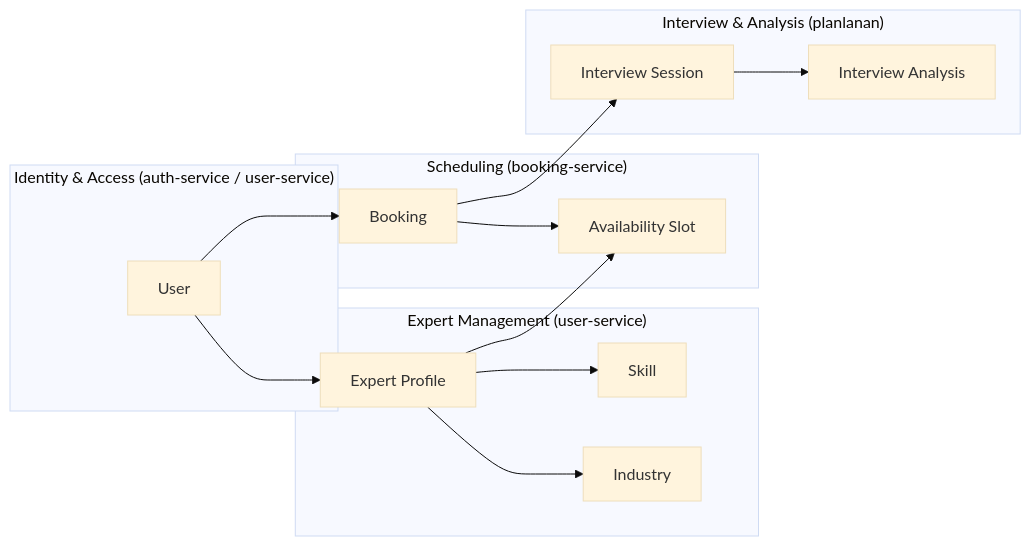
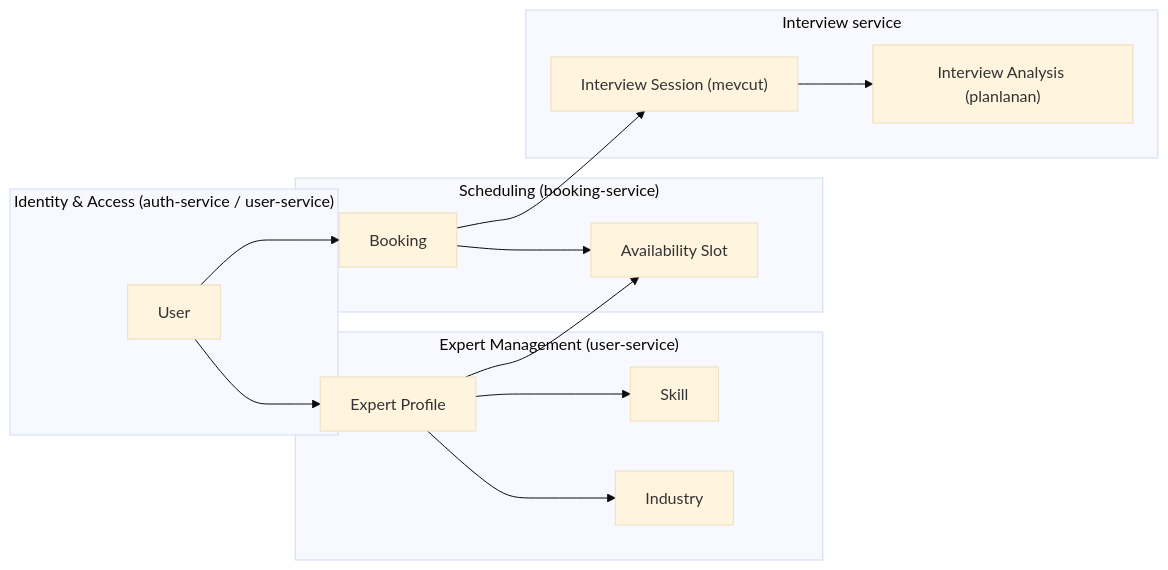
Before and after one commit to Ulwus/Internview: the first of 3 diagrams in docs/domain-model.md, drawn with Mermaid (base theme). The commit also changed other lines of this file and 3 other files, not shown here.

First line of the commit message:
Document WebRTC signaling (Interview Service)

````diff
--- a/docs/domain-model.md
+++ b/docs/domain-model.md
@@ -11,31 +11,31 @@
 ```mermaid
 graph LR
     subgraph "Identity & Access (auth-service / user-service)"
         User["User"]
     end
 
     subgraph "Expert Management (user-service)"
         ExpertProfile["Expert Profile"]
         Skill["Skill"]
         Industry["Industry"]
     end
 
     subgraph "Scheduling (booking-service)"
         AvailabilitySlot["Availability Slot"]
         Booking["Booking"]
     end
 
-    subgraph "Interview & Analysis (planlanan)"
-        InterviewSession["Interview Session"]
-        InterviewAnalysis["Interview Analysis"]
+    subgraph interviewCtx [Interview service]
+        InterviewSession["Interview Session (mevcut)"]
+        InterviewAnalysis["Interview Analysis (planlanan)"]
     end
 
     User --> ExpertProfile
     User --> Booking
     ExpertProfile --> Skill
     ExpertProfile --> Industry
     ExpertProfile --> AvailabilitySlot
     Booking --> AvailabilitySlot
     Booking --> InterviewSession
     InterviewSession --> InterviewAnalysis
 ```
````
